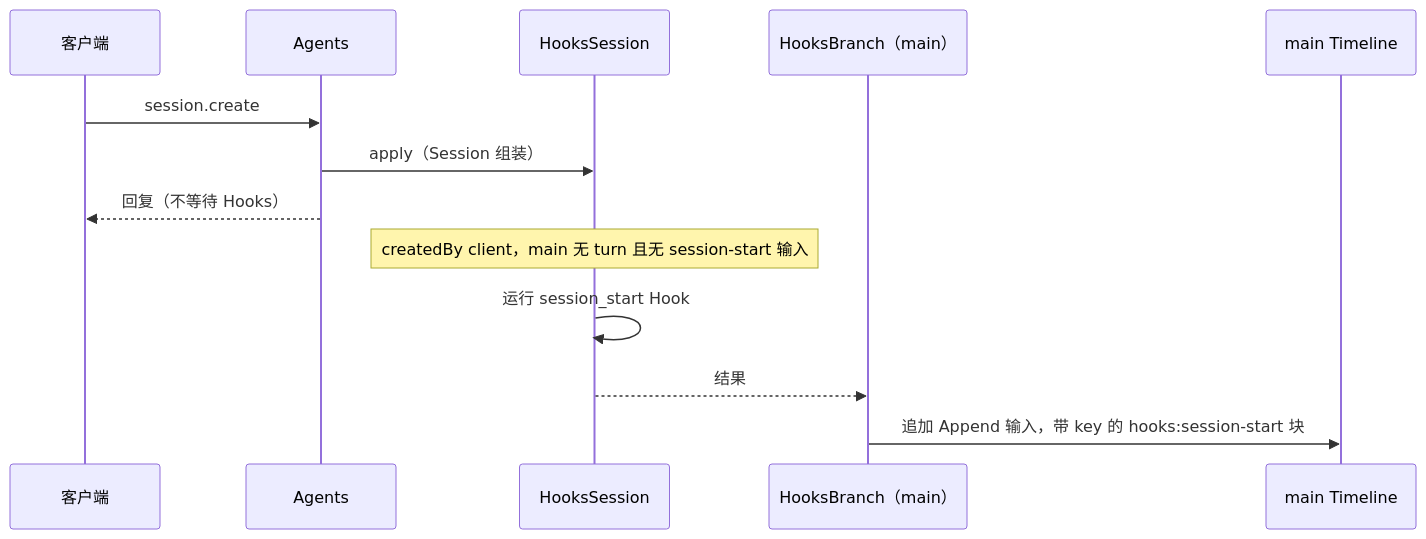
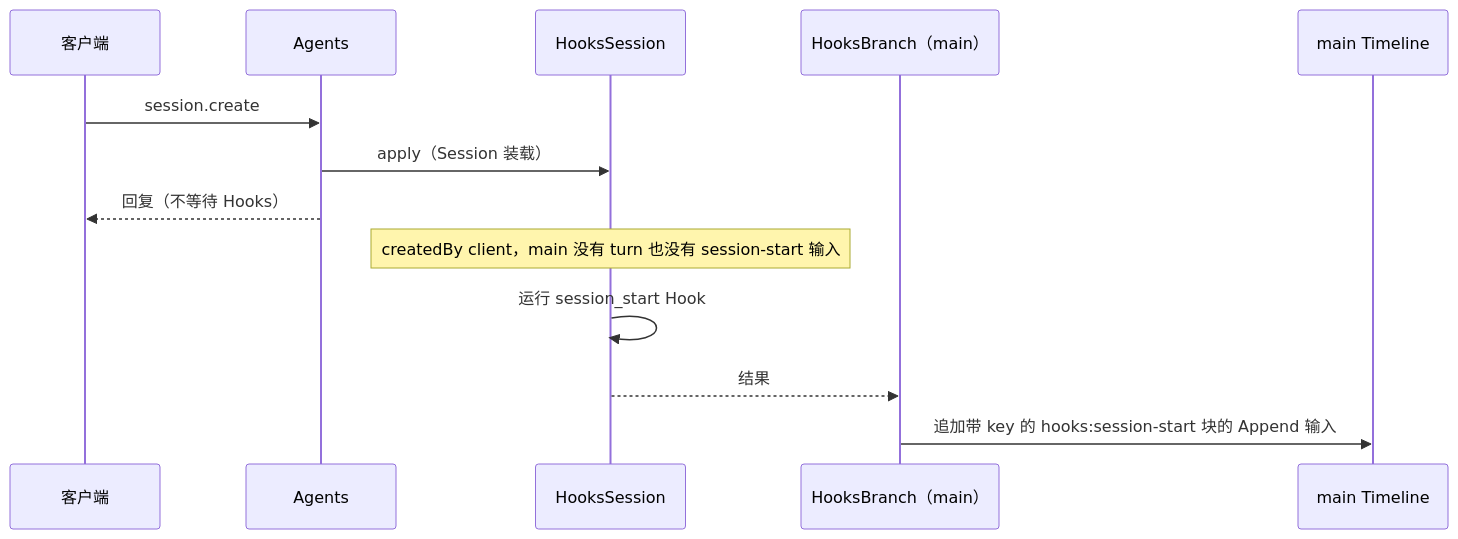
Before and after one commit to CoutinhoTTS/dim-agent: the fifth of 7 diagrams in docs/zh/design/plugins/Hooks.md, drawn with Mermaid. The commit also changed other lines of this file and 18 other files, not shown here.

````diff
--- a/docs/zh/design/plugins/Hooks.md
+++ b/docs/zh/design/plugins/Hooks.md
@@ -122,15 +128,15 @@
 ```mermaid
 sequenceDiagram
   participant C as 客户端
   participant AG as Agents
   participant HS as HooksSession
   participant HB as HooksBranch（main）
   participant TL as main Timeline
   C->>AG: session.create
-  AG->>HS: apply（Session 组装）
+  AG->>HS: apply（Session 装载）
   AG-->>C: 回复（不等待 Hooks）
-  Note over HS: createdBy client，main 无 turn 且无 session-start 输入
+  Note over HS: createdBy client，main 没有 turn 也没有 session-start 输入
   HS->>HS: 运行 session_start Hook
   HS-->>HB: 结果
-  HB->>TL: 追加 Append 输入，带 key 的 hooks:session-start 块
+  HB->>TL: 追加带 key 的 hooks:session-start 块的 Append 输入
 ```
````
